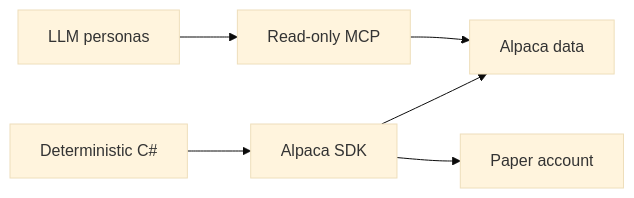
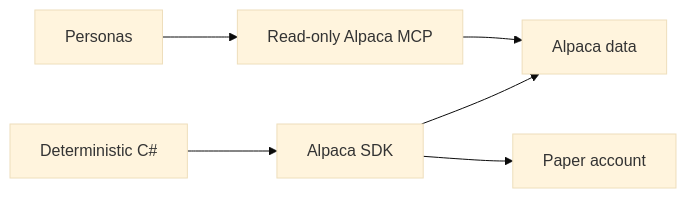
Before and after one commit to xakpc/Alpaca.NoIdea: the diagram in .lode/alpaca/summary.md, drawn with Mermaid (base theme). The commit also changed other lines of this file and 92 other files, not shown here.

````diff
--- a/.lode/alpaca/summary.md
+++ b/.lode/alpaca/summary.md
@@ -6,8 +7,8 @@
 ```mermaid
 flowchart LR
-    L[LLM personas] --> M[Read-only MCP]
+    L[Personas] --> M[Read-only Alpaca MCP]
     C[Deterministic C#] --> S[Alpaca SDK]
     M --> A[Alpaca data]
     S --> A
     S --> P[Paper account]
 ```
````
